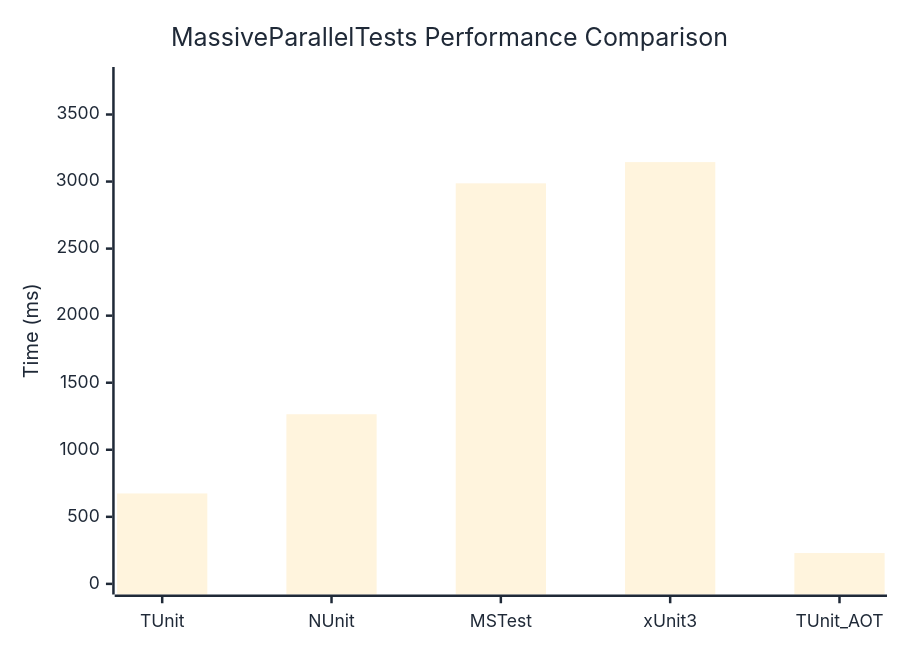
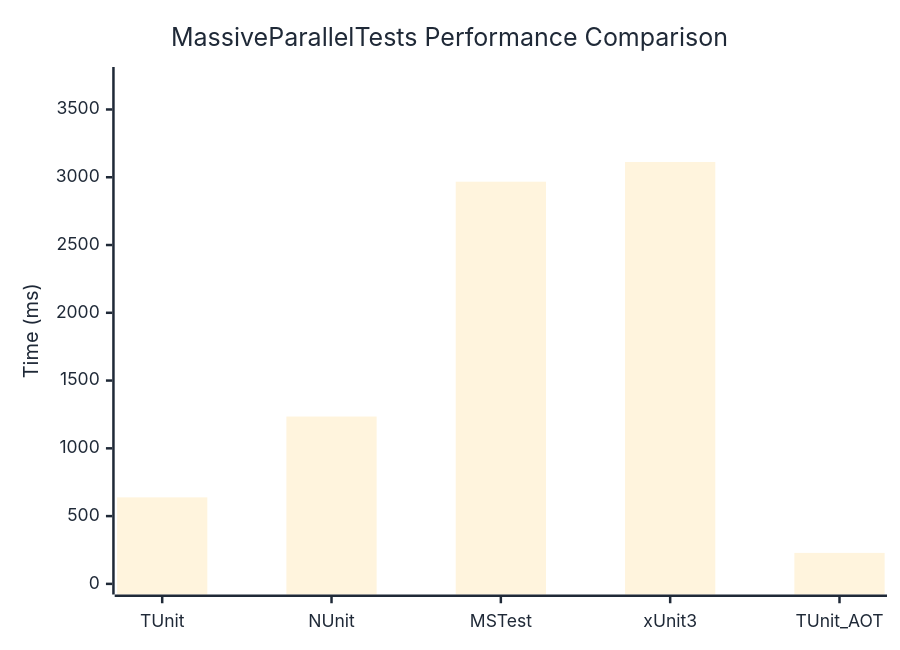
Before and after one commit to thomhurst/TUnit: the diagram in docs/docs/benchmarks/MassiveParallelTests.md, drawn with Mermaid. The commit also changed other lines of this file and 17 other files, not shown here.

````diff
--- a/docs/docs/benchmarks/MassiveParallelTests.md
+++ b/docs/docs/benchmarks/MassiveParallelTests.md
@@ -27,37 +27,37 @@
 ```mermaid
 %%{init: {
   'theme':'base',
   'themeVariables': {
     'primaryColor': '#2563eb',
     'primaryTextColor': '#1f2937',
     'primaryBorderColor': '#1e40af',
     'lineColor': '#6b7280',
     'secondaryColor': '#7c3aed',
     'tertiaryColor': '#dc2626',
     'background': '#ffffff',
     'mainBkg': '#2563eb',
     'secondBkg': '#7c3aed',
     'tertiaryBkg': '#dc2626',
     'clusterBkg': '#f3f4f6',
     'edgeLabelBackground': '#ffffff',
     'tertiaryTextColor': '#1f2937',
     'pie1': '#2563eb',
     'pie2': '#7c3aed',
     'pie3': '#dc2626',
     'pie4': '#f59e0b',
     'pie5': '#10b981',
     'pie6': '#06b6d4',
     'pie7': '#ec4899',
     'pie8': '#6366f1',
     'pie9': '#84cc16',
     'pie10': '#f97316',
     'pie11': '#14b8a6',
     'pie12': '#a855f7'
   }
 }}%%
 xychart-beta
   title "MassiveParallelTests Performance Comparison"
   x-axis ["TUnit", "NUnit", "MSTest", "xUnit3", "TUnit_AOT"]
-  y-axis "Time (ms)" 0 --> 3775
-  bar [674.2, 1264.9, 2986.8, 3145.1, 229.8]
+  y-axis "Time (ms)" 0 --> 3735
+  bar [638.3, 1234.6, 2967.2, 3112.5, 228.5]
 ```
````
